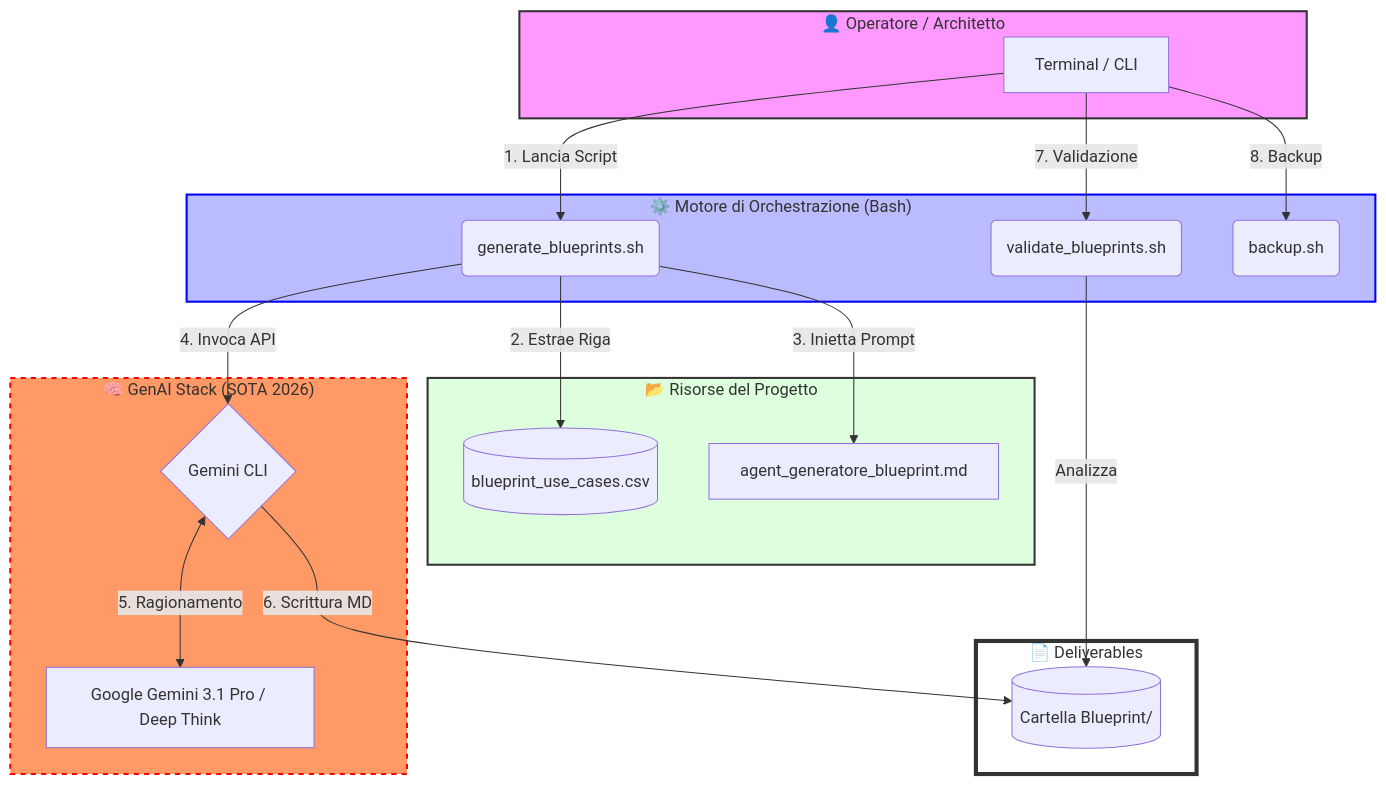
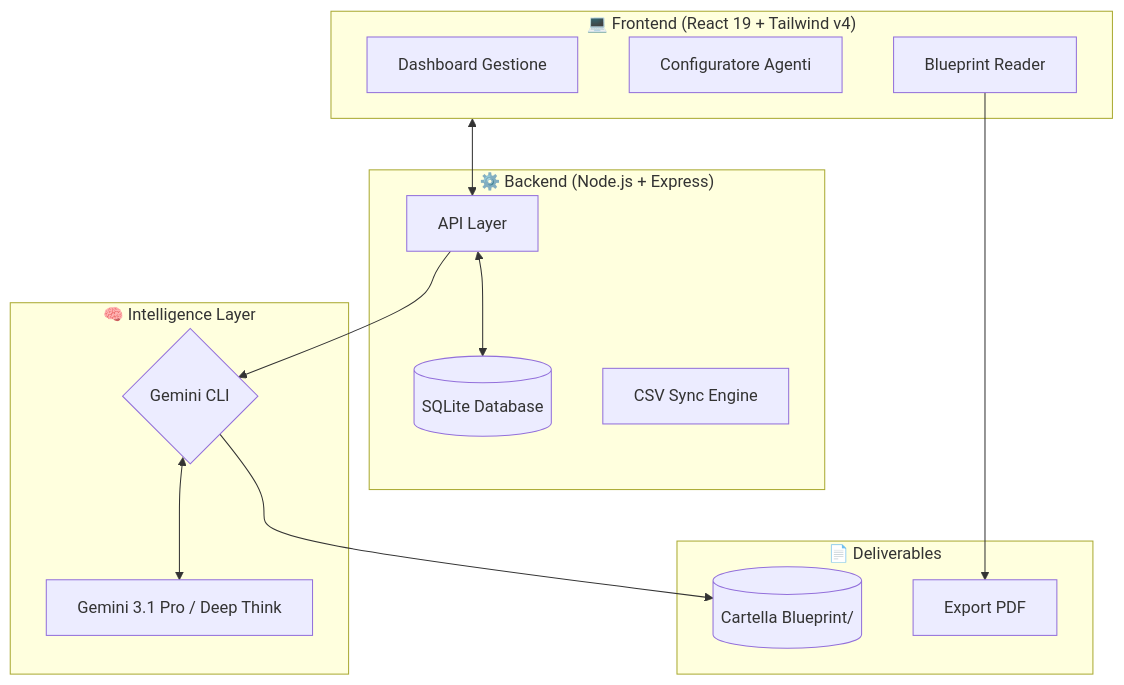
The diagram in README.md (carmelobattiato/Generatore-Blueprint-GenAI), drawn with Mermaid before and after one commit. The commit also changed other lines of this file and 29 other files, not shown here.

Commit message:
redesign applicazione in webapp e aggiunto reader markdowd to pdf

````diff
--- a/README.md
+++ b/README.md
@@ -16,44 +16,31 @@
 ```mermaid
 flowchart TD
-    subgraph Utente ["👤 Operatore / Architetto"]
-        A[Terminal / CLI]
+    subgraph Client ["💻 Frontend (React 19 + Tailwind v4)"]
+        A[Dashboard Gestione]
+        B[Configuratore Agenti]
+        C[Blueprint Reader]
     end
 
-    subgraph Automazione ["⚙️ Motore di Orchestrazione (Bash)"]
-        B(generate_blueprints.sh)
-        C(validate_blueprints.sh)
-        D(backup.sh)
+    subgraph Server ["⚙️ Backend (Node.js + Express)"]
+        D[API Layer]
+        E[(SQLite Database)]
+        F[CSV Sync Engine]
     end
 
-    subgraph Fonti_Dati ["📂 Risorse del Progetto"]
-        E[(blueprint_use_cases.csv)]
-        F[agent_generatore_blueprint.md]
-    end
-
-    subgraph AI_Engine ["🧠 GenAI Stack (SOTA 2026)"]
+    subgraph AI_Engine ["🧠 Intelligence Layer"]
         G{Gemini CLI}
-        H[Google Gemini 3.1 Pro / Deep Think]
+        H[Gemini 3.1 Pro / Deep Think]
     end
 
     subgraph Output ["📄 Deliverables"]
         I[(Cartella Blueprint/)]
+        J[Export PDF]
     end
 
-    %% Flussi di Dati Numerati
-    A -->|"1. Lancia Script"| B
-    B -->|"2. Estrae Riga"| E
-    B -->|"3. Inietta Prompt"| F
-    B -->|"4. Invoca API"| G
-    G <-->|"5. Ragionamento"| H
-    G -->|"6. Scrittura MD"| I
-    A -->|"7. Validazione"| C
-    C -- "Analizza" --> I
-    A -->|"8. Backup"| D
-
-    %% Stili personalizzati
-    style Utente fill:#f9f,stroke:#333,stroke-width:2px
-    style Automazione fill:#bbf,stroke:#00f,stroke-width:2px
-    style Fonti_Dati fill:#dfd,stroke:#333,stroke-width:2px
-    style AI_Engine fill:#f96,stroke:#f00,stroke-width:2px,stroke-dasharray: 5 5
-    style Output fill:#fff,stroke:#333,stroke-width:4px
+    Client <--> D
+    D <--> E
+    D --> G
+    G <--> H
+    G --> I
+    C --> J
 ```
````
